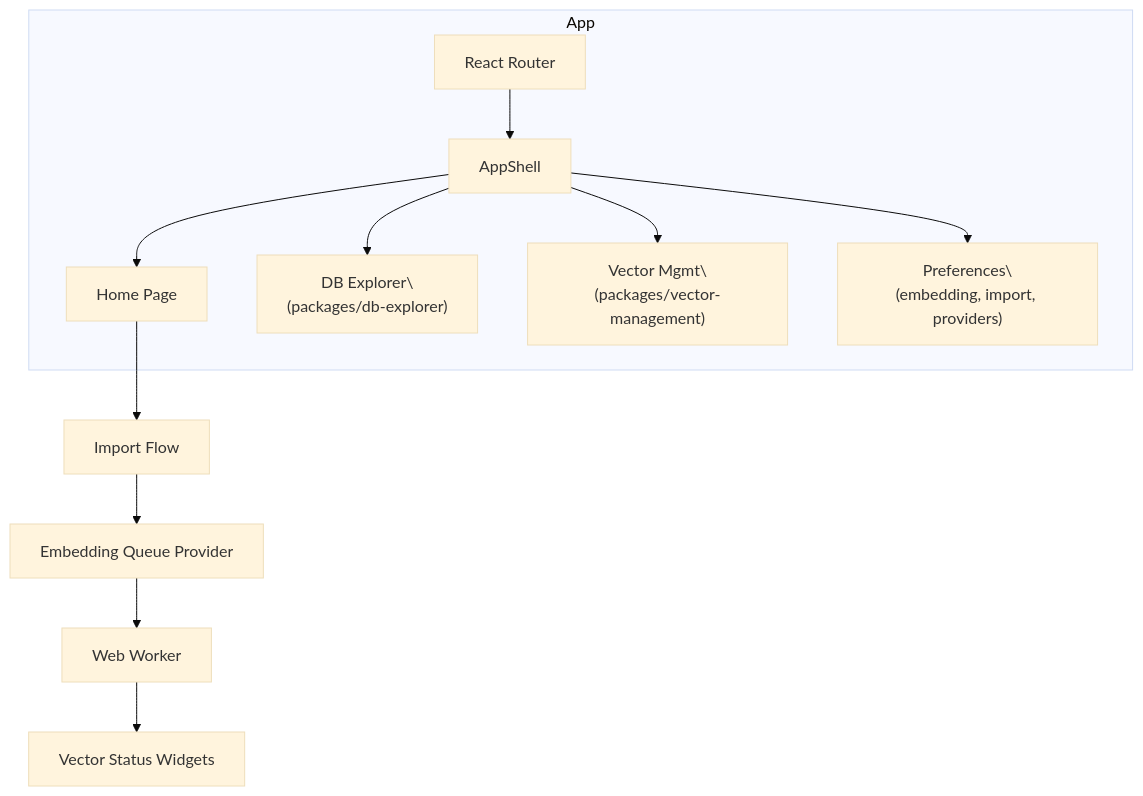
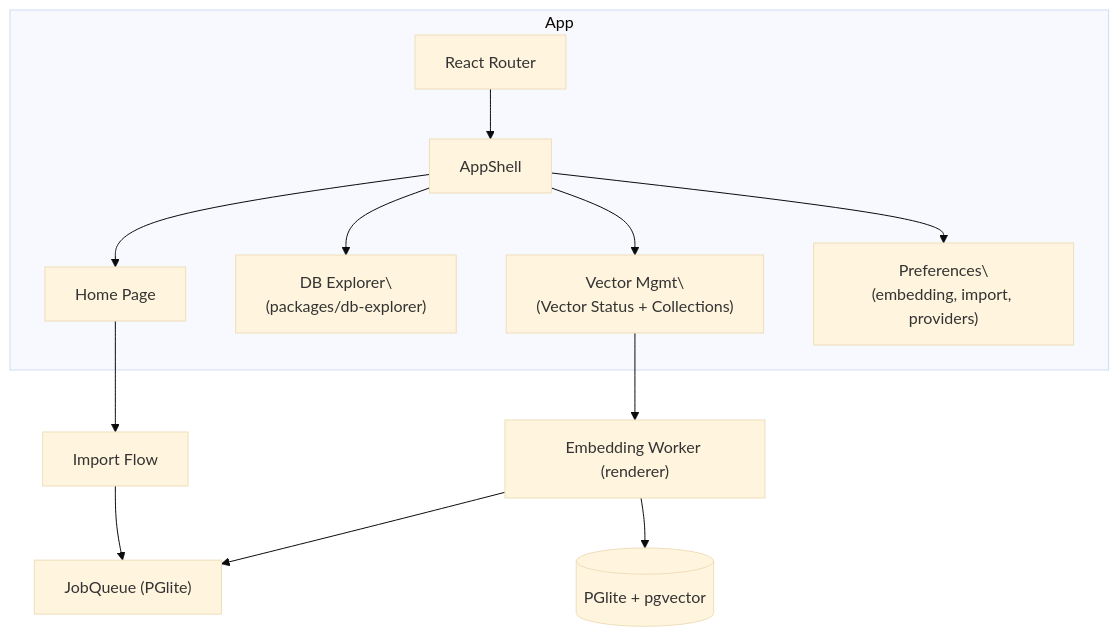
One commit to seandearnaley/brainstrike changed the first of 2 diagrams in docs/architecture/06-web-app.md. Above: the diagram before and after it, drawn with Mermaid (base theme). The commit also changed other lines of this file and 18 other files, not shown here.

````diff
--- a/docs/architecture/06-web-app.md
+++ b/docs/architecture/06-web-app.md
@@ -5,15 +5,16 @@
 ```mermaid
 flowchart TB
   subgraph App
     R[React Router] --> Layout[AppShell]
     Layout --> Home[Home Page]
     Layout --> Explore["DB Explorer\\n(packages/db-explorer)"]
-    Layout --> Vectors["Vector Mgmt\\n(packages/vector-management)"]
+    Layout --> Vectors["Vector Mgmt\\n(Vector Status + Collections)"]
     Layout --> Settings["Preferences\\n(embedding, import, providers)"]
   end
 
   Home --> ImportFlow[Import Flow]
-  ImportFlow --> Queue[Embedding Queue Provider]
-  Queue --> Worker[Web Worker]
-  Worker --> Status[Vector Status Widgets]
+  ImportFlow --> Queue["JobQueue (PGlite)"]
+  Vectors --> Worker["Embedding Worker (renderer)"]
+  Worker --> Queue
+  Worker --> DB[(PGlite + pgvector)]
 ```
````
